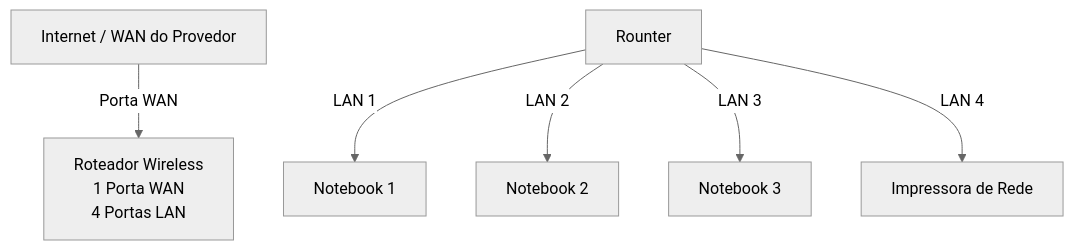
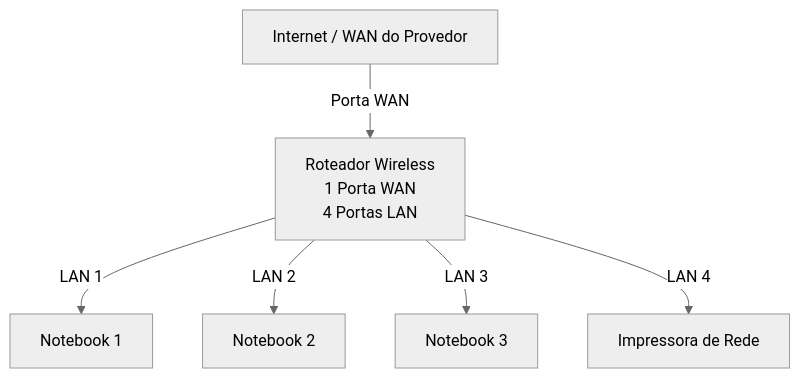
Before and after one commit to rafaasouza/lab-redes-01: the diagram in README.md, drawn with Mermaid (neutral theme).

Commit message:
Fix typo from 'Rounter' to 'Router' in README

````diff
--- a/README.md
+++ b/README.md
@@ -35,21 +35,21 @@
 ```mermaid
 graph TD
 
 WAN[Internet / WAN do Provedor]
 
 Router[Roteador Wireless<br>1 Porta WAN<br>4 Portas LAN]
 
 PC1[Notebook 1]
 PC2[Notebook 2]
 PC3[Notebook 3]
 
 Printer[Impressora de Rede]
 
 WAN --> |Porta WAN| Router
 
-Rounter --> |LAN 1| PC1
-Rounter --> |LAN 2| PC2
-Rounter --> |LAN 3| PC3
-Rounter --> |LAN 4| Printer
+Router --> |LAN 1| PC1
+Router --> |LAN 2| PC2
+Router --> |LAN 3| PC3
+Router --> |LAN 4| Printer
 
 ```
````
